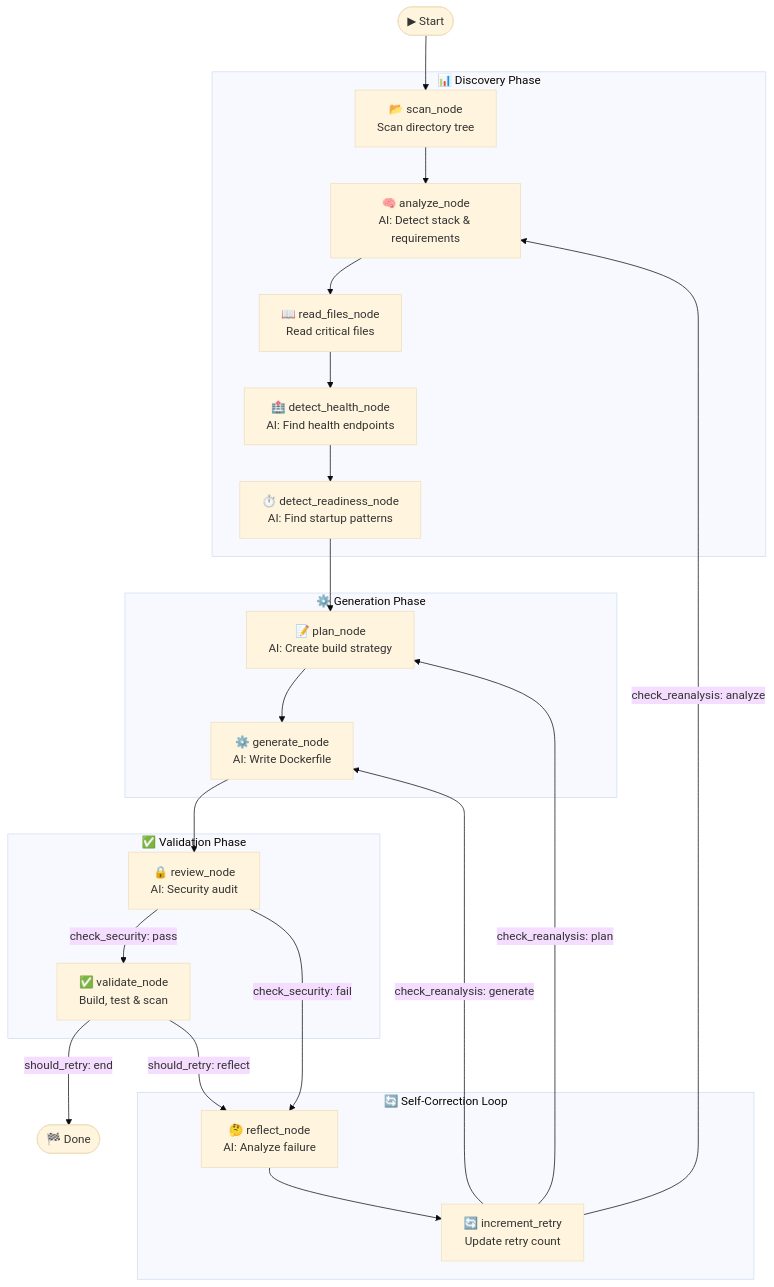
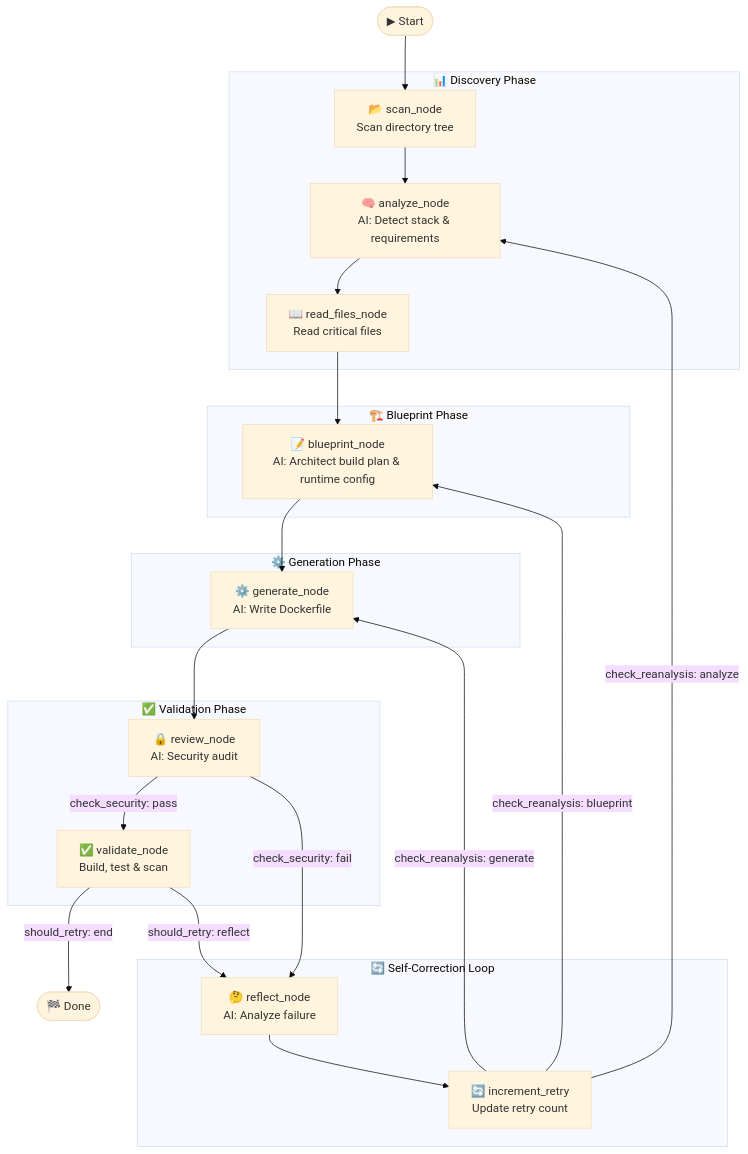
The diagram in README.md (actions-marketplace-validations/itzzjb_dockai), drawn with Mermaid (base theme) before and after one commit. The commit also changed other lines of this file and 28 other files, not shown here.

Commit message:
feat: Refactor planning agent to blueprint, consolidating runtime configuration and removing separate health/readiness detection.

````diff
--- a/README.md
+++ b/README.md
@@ -163,40 +163,41 @@
 ```mermaid
 flowchart TB
     subgraph Discovery["📊 Discovery Phase"]
         scan["📂 scan_node<br/>Scan directory tree"]
         analyze["🧠 analyze_node<br/>AI: Detect stack & requirements"]
         read["📖 read_files_node<br/>Read critical files"]
-        health["🏥 detect_health_node<br/>AI: Find health endpoints"]
-        ready["⏱️ detect_readiness_node<br/>AI: Find startup patterns"]
+    end
+    
+    subgraph Blueprint["🏗️ Blueprint Phase"]
+        blueprint["📝 blueprint_node<br/>AI: Architect build plan & runtime config"]
     end
     
     subgraph Generation["⚙️ Generation Phase"]
-        plan["📝 plan_node<br/>AI: Create build strategy"]
         generate["⚙️ generate_node<br/>AI: Write Dockerfile"]
     end
     
     subgraph Validation["✅ Validation Phase"]
         review["🔒 review_node<br/>AI: Security audit"]
         validate["✅ validate_node<br/>Build, test & scan"]
     end
     
     subgraph Feedback["🔄 Self-Correction Loop"]
         reflect["🤔 reflect_node<br/>AI: Analyze failure"]
         increment["🔄 increment_retry<br/>Update retry count"]
     end
     
     Start([▶ Start]) --> scan
-    scan --> analyze --> read --> health --> ready --> plan
-    plan --> generate --> review
+    scan --> analyze --> read --> blueprint
+    blueprint --> generate --> review
     
     review -->|"check_security: pass"| validate
     review -->|"check_security: fail"| reflect
     
     validate -->|"should_retry: end"| End([🏁 Done])
     validate -->|"should_retry: reflect"| reflect
     
     reflect --> increment
     increment -->|"check_reanalysis: generate"| generate
-    increment -->|"check_reanalysis: plan"| plan
+    increment -->|"check_reanalysis: blueprint"| blueprint
     increment -->|"check_reanalysis: analyze"| analyze
 ```
````
